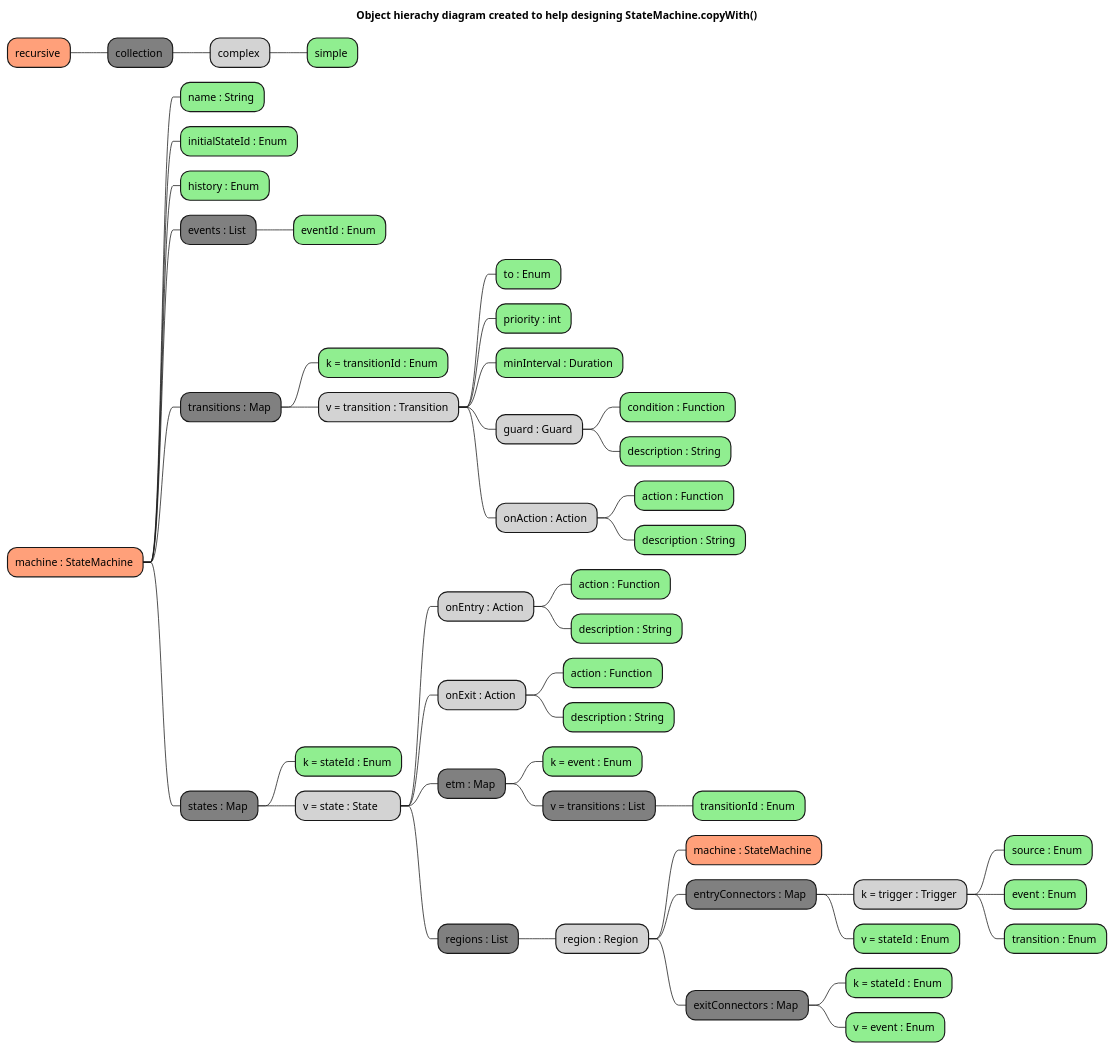
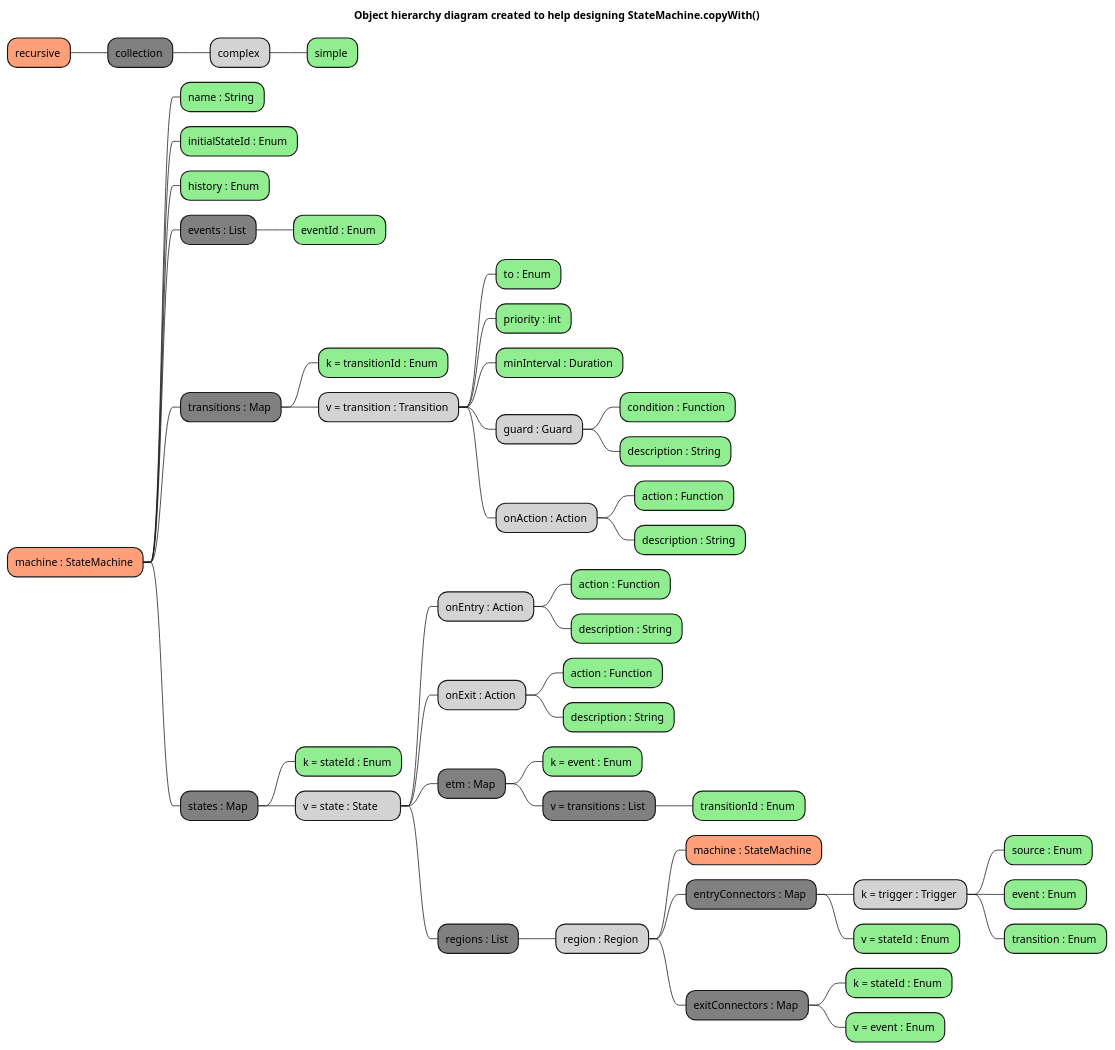
The diagram in packages/hisma/doc/dev/diagrams/object_hierarchy.plantuml (tamas-p/hisma), drawn with PlantUML before and after one commit.

Commit message:
chore: Typo fix

```diff
--- a/packages/hisma/doc/dev/diagrams/object_hierarchy.plantuml
+++ b/packages/hisma/doc/dev/diagrams/object_hierarchy.plantuml
@@ -1,67 +1,67 @@
 @startmindmap State machine hierarchy diagram
-title Object hierachy diagram created to help designing StateMachine.copyWith() 
+title Object hierarchy diagram created to help designing StateMachine.copyWith() 
 <style>
 mindmapDiagram {
     .simple { 
         BackgroundColor LightGreen 
     }
     .recurse { 
         BackgroundColor LightSalmon 
     }
     .iterate { 
         BackgroundColor Gray 
     }
     .complex {
         BackgroundColor LightGray 
     }
 }
 </style>
 * recursive <<recurse>>
 ** collection <<iterate>>
 *** complex <<complex>>
 **** simple <<simple>>
 * machine : StateMachine <<recurse>>
 ** name : String <<simple>>
 ** initialStateId : Enum <<simple>>
 ** history : Enum <<simple>>
 ** events : List <<iterate>>
 *** eventId : Enum <<simple>>
 ** transitions : Map <<iterate>>
 *** k = transitionId : Enum <<simple>>
 *** v = transition : Transition <<complex>>
 **** to : Enum <<simple>>
 **** priority : int <<simple>>
 **** minInterval : Duration <<simple>>
 **** guard : Guard <<complex>>
 ***** condition : Function <<simple>>
 ***** description : String <<simple>>
 **** onAction : Action <<complex>>
 ***** action : Function <<simple>>
 ***** description : String <<simple>>
 ** states : Map <<iterate>>
 *** k = stateId : Enum <<simple>>
 *** v = state : State\t <<complex>>
 **** onEntry : Action <<complex>>
 ***** action : Function <<simple>>
 ***** description : String <<simple>>
 **** onExit : Action <<complex>>
 ***** action : Function <<simple>>
 ***** description : String <<simple>>
 **** etm : Map <<iterate>>
 ***** k = event : Enum <<simple>>
 ***** v = transitions : List <<iterate>>
 ****** transitionId : Enum <<simple>>
 **** regions : List <<iterate>>
 ***** region : Region <<complex>>
 ****** machine : StateMachine <<recurse>>
 ****** entryConnectors : Map <<iterate>>
 ******* k = trigger : Trigger <<complex>>
 ******** source : Enum <<simple>>
 ******** event : Enum <<simple>>
 ******** transition : Enum <<simple>>
 ******* v = stateId : Enum <<simple>>
 ****** exitConnectors : Map <<iterate>>
 ******* k = stateId : Enum <<simple>>
 ******* v = event : Enum <<simple>>
 
 @endmindmap
```
